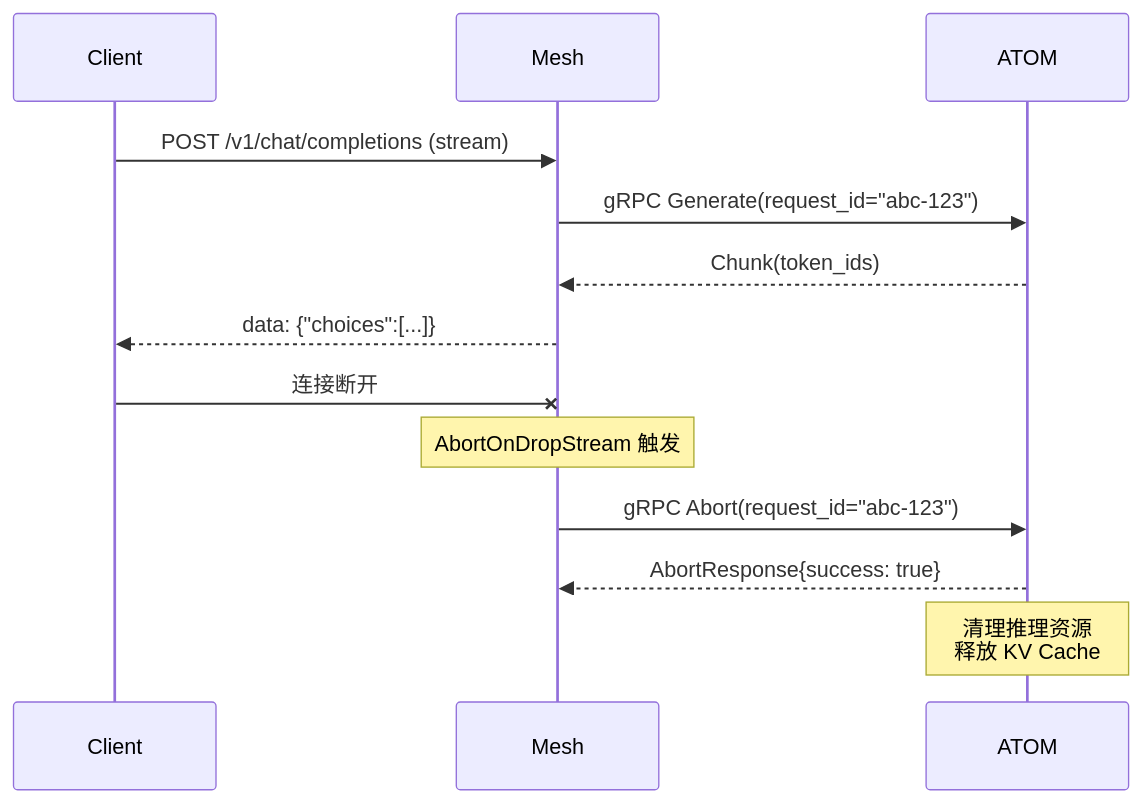
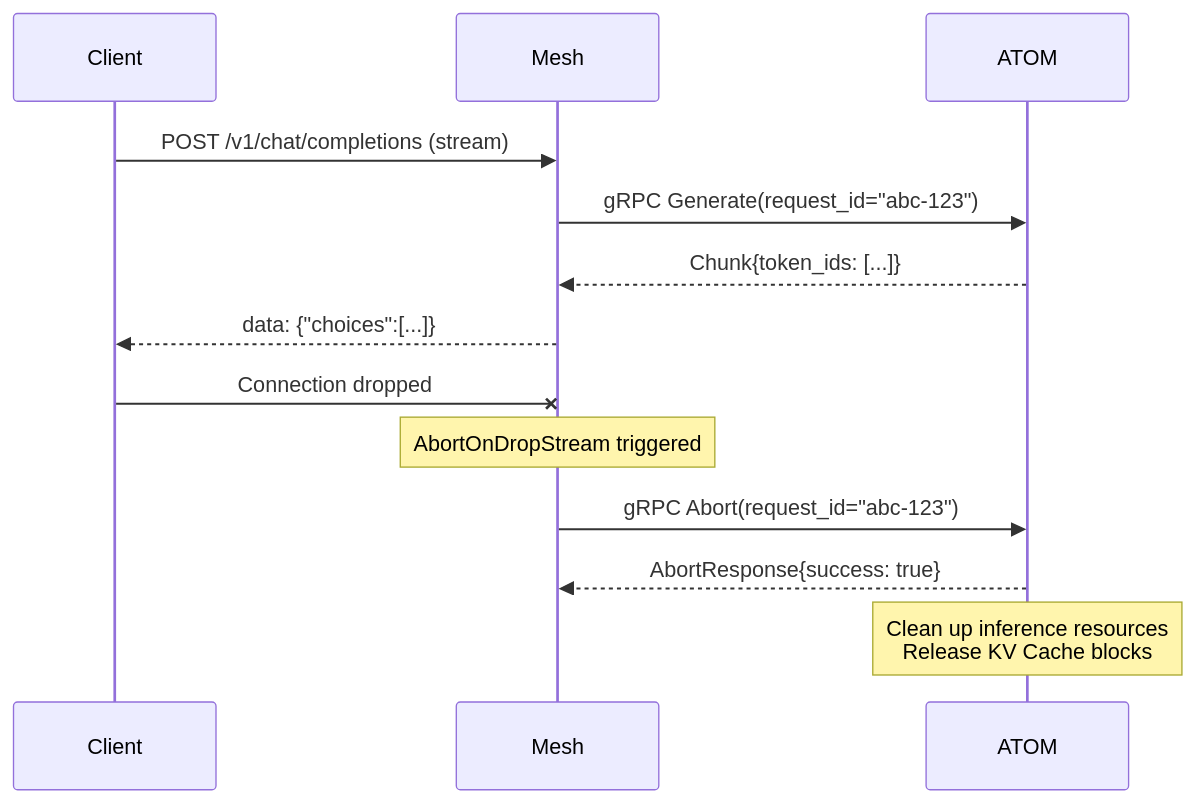
The fifth of 7 diagrams in mesh/docs/atom_grpc_integration.md (Jasen2201/ATOM), drawn with Mermaid before and after one commit. The commit also changed other lines of this file, not shown here.

First line of the commit message:
docs: translate and streamline ATOM gRPC integration document

````diff
--- a/mesh/docs/atom_grpc_integration.md
+++ b/mesh/docs/atom_grpc_integration.md
@@ -192,18 +233,18 @@
 ```mermaid
 sequenceDiagram
     participant Client as Client
     participant Mesh as Mesh
     participant ATOM as ATOM
 
     Client->>Mesh: POST /v1/chat/completions (stream)
     Mesh->>ATOM: gRPC Generate(request_id="abc-123")
-    ATOM-->>Mesh: Chunk(token_ids)
+    ATOM-->>Mesh: Chunk{token_ids: [...]}
     Mesh-->>Client: data: {"choices":[...]}
     
-    Client-xMesh: 连接断开
+    Client-xMesh: Connection dropped
     
-    Note over Mesh: AbortOnDropStream 触发
+    Note over Mesh: AbortOnDropStream triggered
     Mesh->>ATOM: gRPC Abort(request_id="abc-123")
     ATOM-->>Mesh: AbortResponse{success: true}
-    Note over ATOM: 清理推理资源<br/>释放 KV Cache
+    Note over ATOM: Clean up inference resources<br/>Release KV Cache blocks
 ```
````
